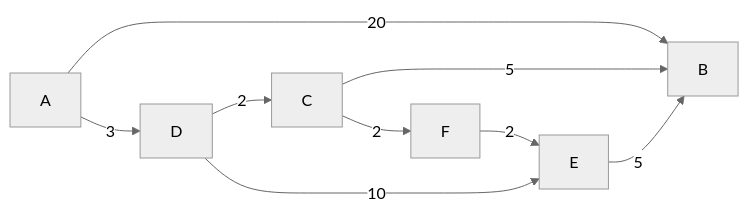
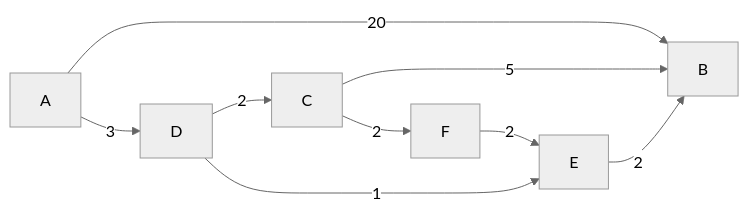
The diagram in terminale/Structures_relationnelles_de_données/Activité_vacances_à_la_plage.md (boddaert/nsi), drawn with Mermaid (neutral theme) before and after one commit. The commit also changed other lines of this file, not shown here.

````diff
--- a/terminale/Structures_relationnelles_de_données/Activité_vacances_à_la_plage.md
+++ b/terminale/Structures_relationnelles_de_données/Activité_vacances_à_la_plage.md
@@ -35,11 +35,11 @@
 ```mermaid
     flowchart LR
         A --20--> B
         A --3--> D
         C --5--> B
         C --2--> F
         D --2--> C
-        D --10--> E
-        E --5--> B
+        D --1--> E
+        E --2--> B
         F --2--> E
 ```
````
